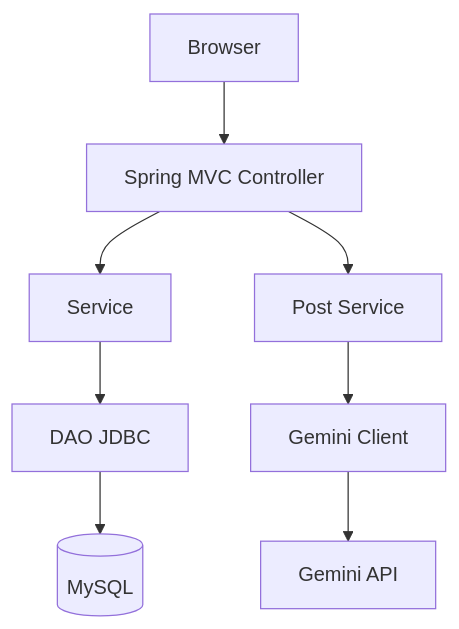
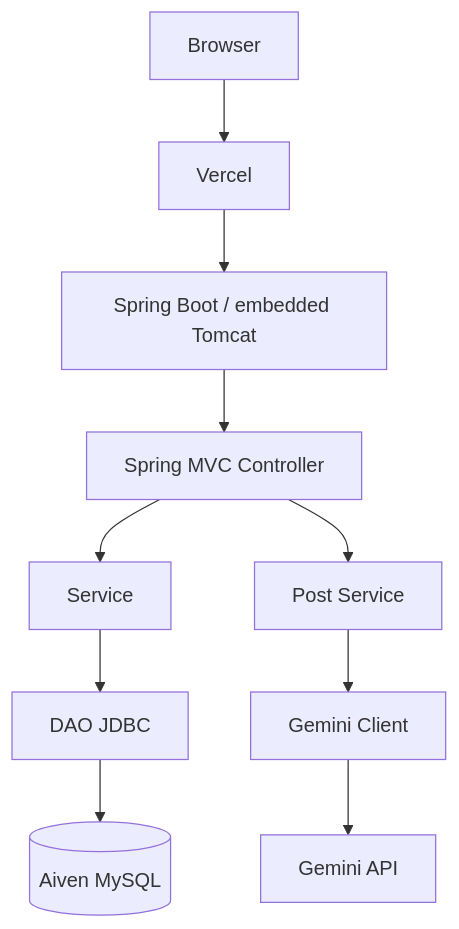
The diagram in docs/design/05_ARCHITECTURE_DESIGN.md (t-oikawa-sendai/dokoTsubu-platform), drawn with Mermaid before and after one commit. The commit also changed other lines of this file and 6 other files, not shown here.

Commit message:
docs: define Vercel and Aiven production architecture

````diff
--- a/docs/design/05_ARCHITECTURE_DESIGN.md
+++ b/docs/design/05_ARCHITECTURE_DESIGN.md
@@ -92,19 +92,23 @@
 ```mermaid
 flowchart TB
   BR[Browser]
+  VC[Vercel]
+  APP[Spring Boot / embedded Tomcat]
   C[Spring MVC Controller]
   S[Service]
   D[DAO JDBC]
-  DB[(MySQL)]
+  DB[(Aiven MySQL)]
   PS[Post Service]
   G[Gemini Client]
   API[Gemini API]
 
-  BR --> C
+  BR --> VC
+  VC --> APP
+  APP --> C
   C --> S
   S --> D
   D --> DB
   C --> PS
   PS --> G
   G --> API
 ```
````
